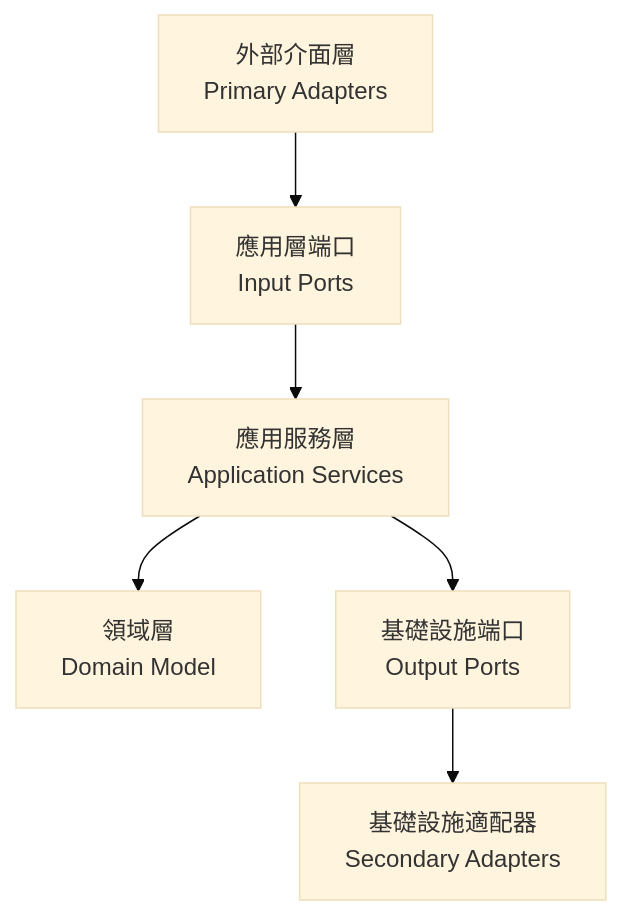
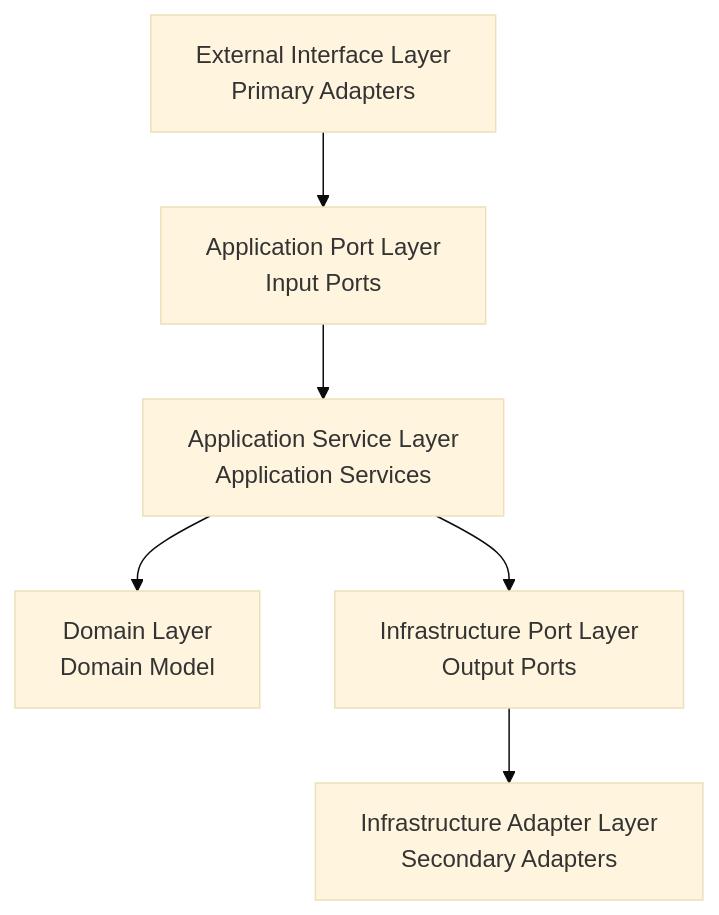
The second of 2 diagrams in docs/architecture/layered-architecture-design.md (humank/genai-demo), drawn with Mermaid (base theme) before and after one commit. The commit also changed other lines of this file and 453 other files, not shown here.

First line of the commit message:
feat: Complete translation of key architecture and API documentation

````diff
--- a/docs/architecture/layered-architecture-design.md
+++ b/docs/architecture/layered-architecture-design.md
@@ -182,8 +182,8 @@
 ```mermaid
 graph TD
-    A[外部介面層<br/>Primary Adapters] --> B[應用層端口<br/>Input Ports]
-    B --> C[應用服務層<br/>Application Services]
-    C --> D[領域層<br/>Domain Model]
-    C --> E[基礎設施端口<br/>Output Ports]
-    E --> F[基礎設施適配器<br/>Secondary Adapters]
+    A[External Interface Layer<br/>Primary Adapters] --> B[Application Port Layer<br/>Input Ports]
+    B --> C[Application Service Layer<br/>Application Services]
+    C --> D[Domain Layer<br/>Domain Model]
+    C --> E[Infrastructure Port Layer<br/>Output Ports]
+    E --> F[Infrastructure Adapter Layer<br/>Secondary Adapters]
 ```
````
